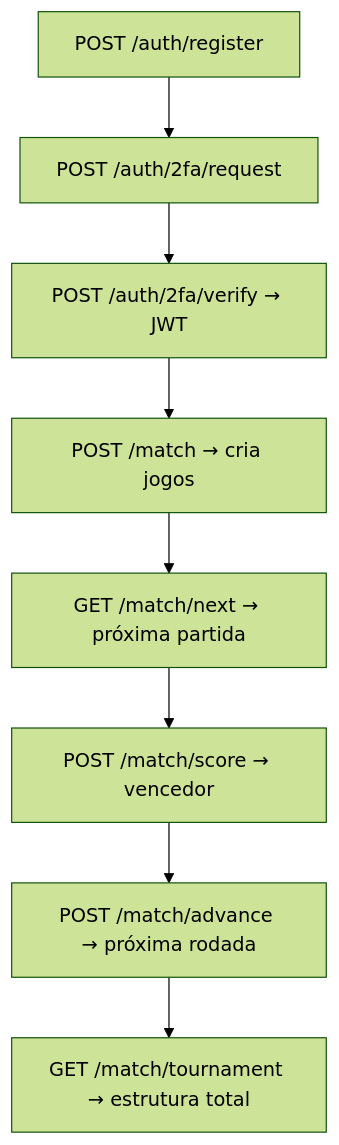
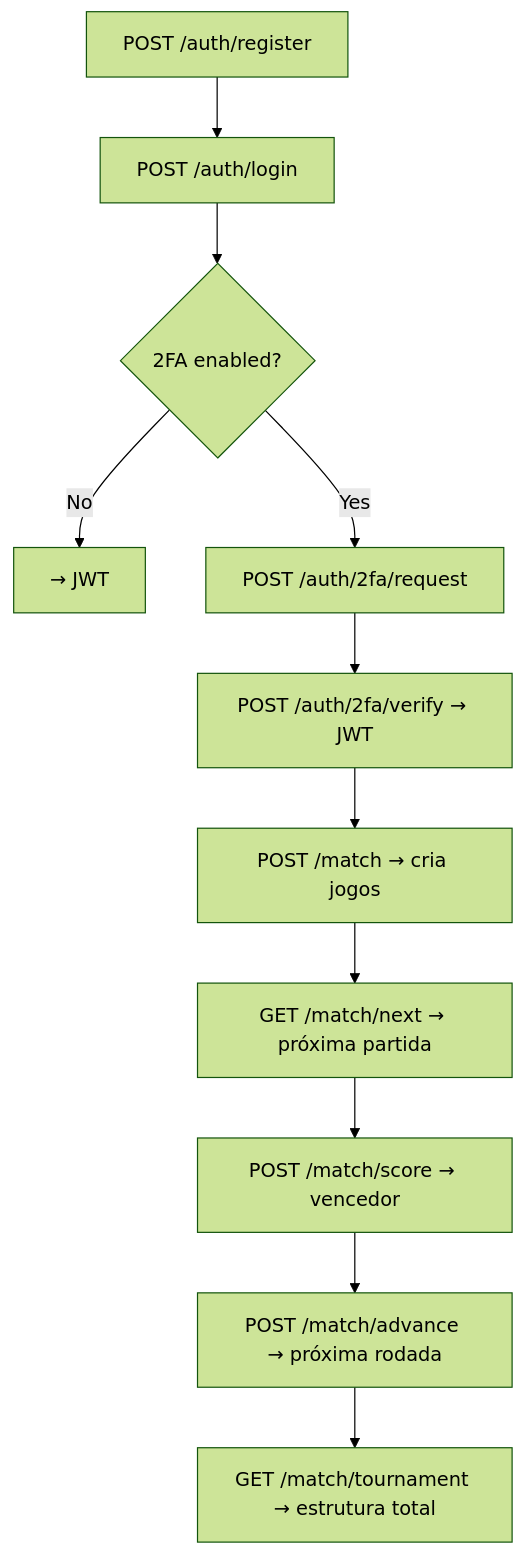
The diagram in services/README.md (Matesant/ft_transcendence), drawn with Mermaid (forest theme) before and after one commit. The commit also changed other lines of this file, not shown here.

````diff
--- a/services/README.md
+++ b/services/README.md
@@ -207,10 +240,13 @@
 ```mermaid
 graph TD
-A[POST /auth/register] --> B[POST /auth/2fa/request]
-B --> C[POST /auth/2fa/verify → JWT]
-C --> D[POST /match → cria jogos]
-D --> E[GET /match/next → próxima partida]
-E --> F[POST /match/score → vencedor]
-F --> G[POST /match/advance → próxima rodada]
-G --> H[GET /match/tournament → estrutura total]
+A[POST /auth/register] --> B[POST /auth/login]
+B --> C{2FA enabled?}
+C -- No --> D[→ JWT]
+C -- Yes --> E[POST /auth/2fa/request]
+E --> F[POST /auth/2fa/verify → JWT]
+F --> G[POST /match → cria jogos]
+G --> H[GET /match/next → próxima partida]
+H --> I[POST /match/score → vencedor]
+I --> J[POST /match/advance → próxima rodada]
+J --> K[GET /match/tournament → estrutura total]
 ```
````
